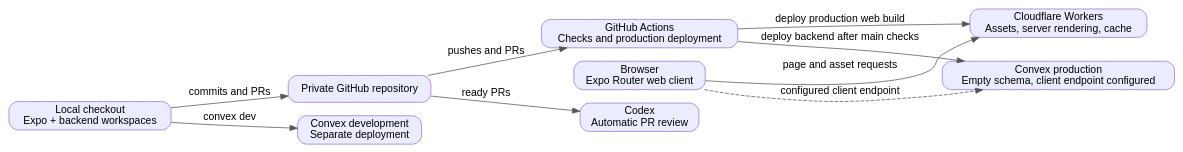
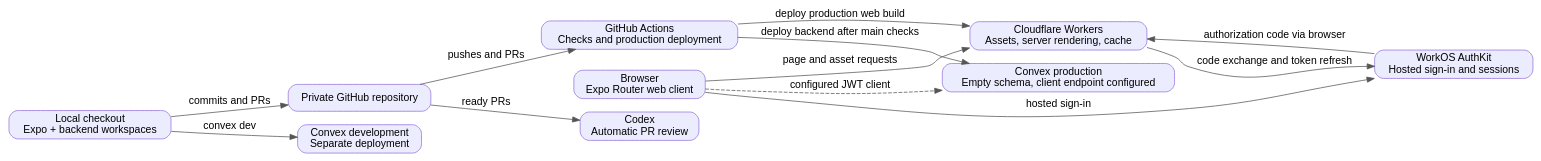
One commit to pbanuru/clearpath_compliance_marketing changed the diagram in docs/architecture.dot. Above: the diagram before and after it, drawn with Graphviz. The commit also changed 6 other files, not shown here.

Commit message:
Document WorkOS data flow and include auth regressions in checks

```diff
--- a/docs/architecture.dot
+++ b/docs/architecture.dot
@@ -1,21 +1,25 @@
 digraph clearpath {
   rankdir=LR; compound=true; bgcolor="white"; fontname="Helvetica";
   node [shape=box, style="rounded,filled", fillcolor="#ECECFF", color="#9370DB", fontname="Helvetica"];
   edge [fontname="Helvetica", color="#555555"];
   browser [label="Browser\nExpo Router web client"];
   cloudflare [label="Cloudflare Workers\nAssets, server rendering, cache"];
   convex [label="Convex production\nEmpty schema, client endpoint configured"];
   dev [label="Convex development\nSeparate deployment"];
   local [label="Local checkout\nExpo + backend workspaces"];
   github [label="Private GitHub repository"];
   ci [label="GitHub Actions\nChecks and production deployment"];
   codex [label="Codex\nAutomatic PR review"];
+  workos [label="WorkOS AuthKit\nHosted sign-in and sessions"];
   browser -> cloudflare [label="page and asset requests"];
-  browser -> convex [style=dashed, label="configured client endpoint"];
+  browser -> convex [style=dashed, label="configured JWT client"];
+  browser -> workos [label="hosted sign-in"];
+  workos -> cloudflare [label="authorization code via browser"];
+  cloudflare -> workos [label="code exchange and token refresh"];
   local -> dev [label="convex dev"];
   ci -> convex [label="deploy backend after main checks"];
   ci -> cloudflare [label="deploy production web build"];
   local -> github [label="commits and PRs"];
   github -> ci [label="pushes and PRs"];
   github -> codex [label="ready PRs"];
 }
```
